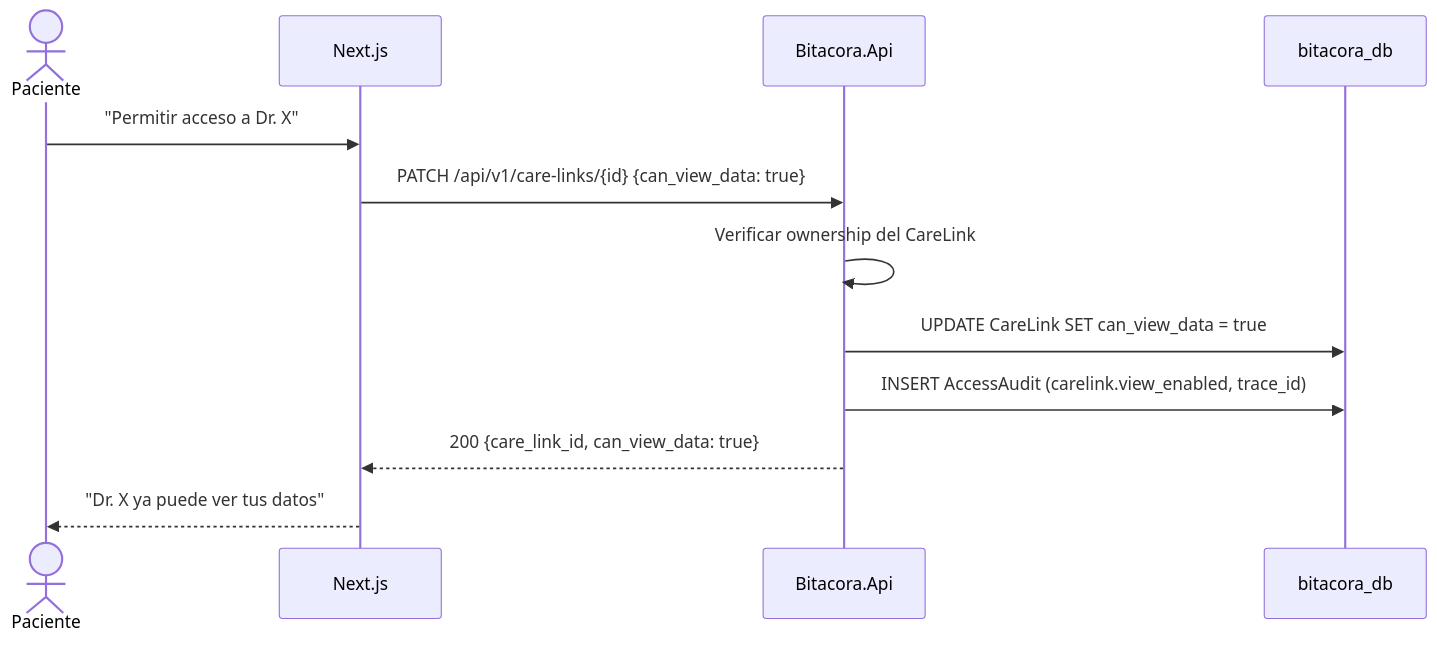
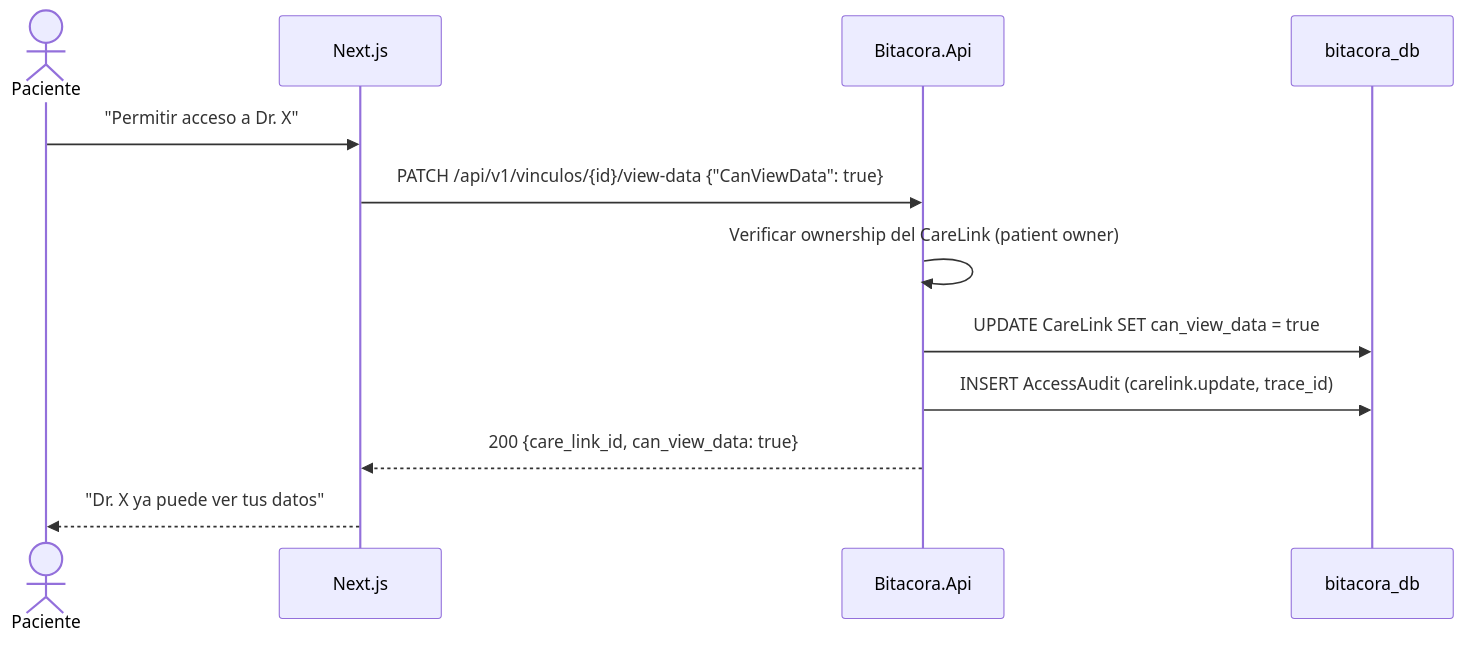
Before and after one commit to fgpaz/bitacora: the diagram in .docs/wiki/03_FL/FL-VIN-04.md, drawn with Mermaid. The commit also changed other lines of this file and 213 other files, not shown here.

````diff
--- a/.docs/wiki/03_FL/FL-VIN-04.md
+++ b/.docs/wiki/03_FL/FL-VIN-04.md
@@ -29,15 +32,15 @@
 ```mermaid
 sequenceDiagram
     actor P as Paciente
     participant WEB as Next.js
     participant API as Bitacora.Api
     participant DB as bitacora_db
 
     P->>WEB: "Permitir acceso a Dr. X"
-    WEB->>API: PATCH /api/v1/care-links/{id} {can_view_data: true}
-    API->>API: Verificar ownership del CareLink
+    WEB->>API: PATCH /api/v1/vinculos/{id}/view-data {"CanViewData": true}
+    API->>API: Verificar ownership del CareLink (patient owner)
     API->>DB: UPDATE CareLink SET can_view_data = true
-    API->>DB: INSERT AccessAudit (carelink.view_enabled, trace_id)
+    API->>DB: INSERT AccessAudit (carelink.update, trace_id)
     API-->>WEB: 200 {care_link_id, can_view_data: true}
     WEB-->>P: "Dr. X ya puede ver tus datos"
 ```
````
